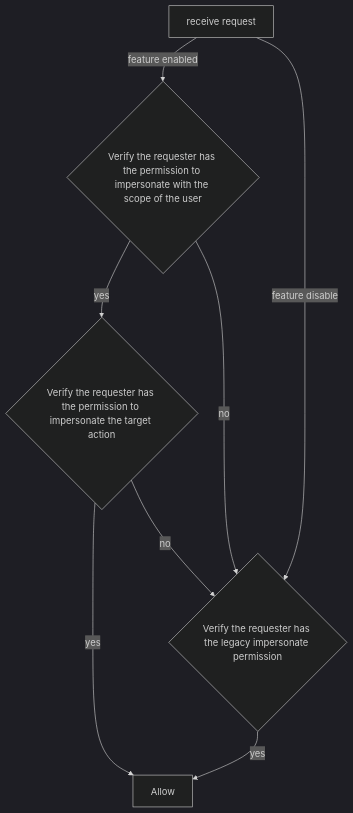
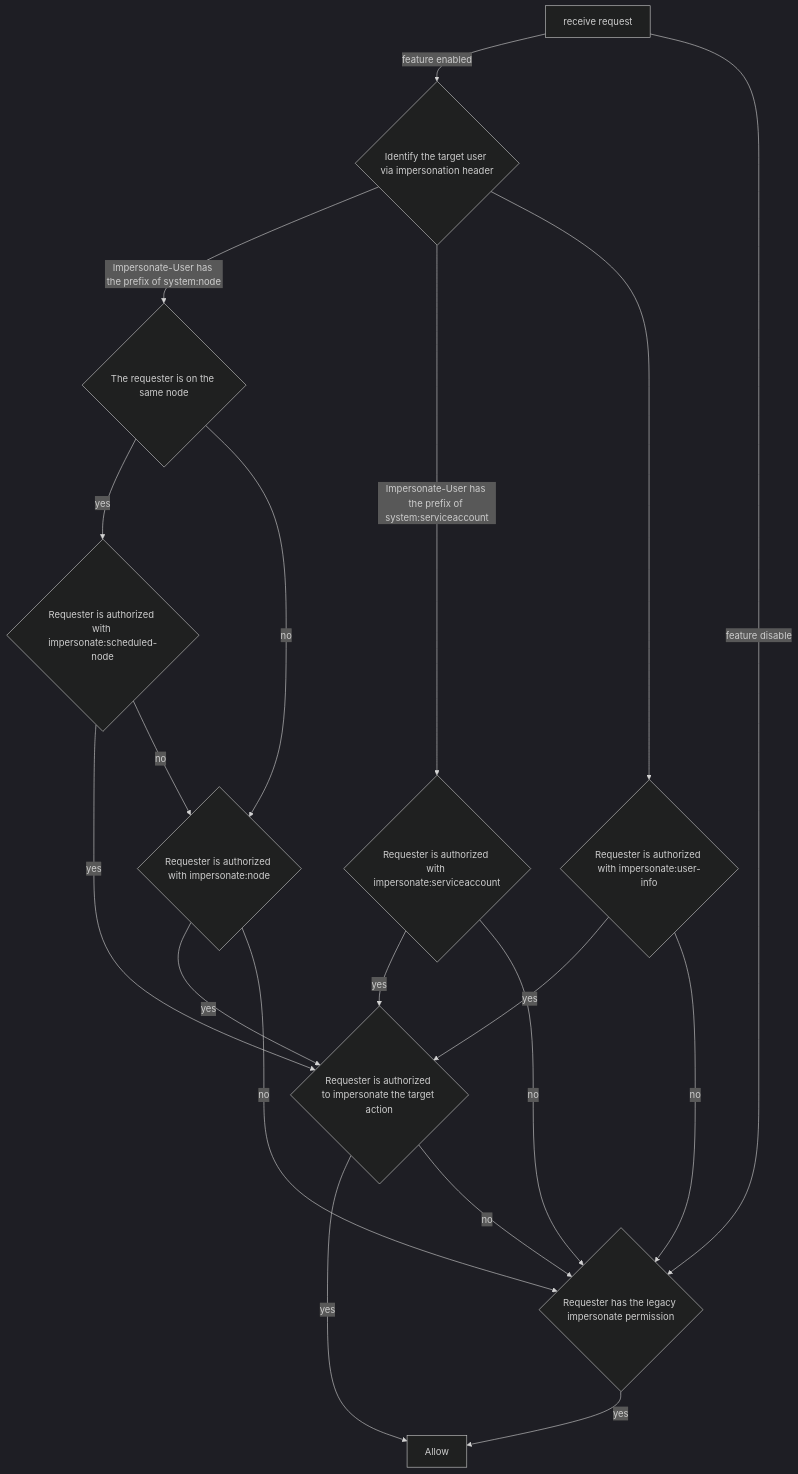
One commit to kubernetes/enhancements changed the diagram in keps/sig-auth/5284-constrained-impersonation/README.md. Above: the diagram before and after it, drawn with Mermaid (dark theme). The commit also changed other lines of this file, not shown here.

````diff
--- a/keps/sig-auth/5284-constrained-impersonation/README.md
+++ b/keps/sig-auth/5284-constrained-impersonation/README.md
@@ -344,10 +345,21 @@
 ```mermaid
 flowchart TD
-    A[receive request] -->|feature enabled| B{Verify the requester has the permission to impersonate with the scope of the user}
-    B --> |yes| C{Verify the requester has the permission to impersonate the target action}
-    C -->|yes| D[Allow]
-    A -->|feature disable| E{Verify the requester has the legacy impersonate permission}
-    E -->|yes| D
-    B -->|no| E
-    C -->|no| E
+  A[receive request] -->|feature enabled| B{Identify the target user via impersonation header}
+  B --> |Impersonate-User has the prefix of system:node|C{The requester is on the same node}
+  C --> |yes| D{Requester is authorized with impersonate:scheduled-node}
+  C --> |no| E{Requester is authorized with impersonate:node}
+  D --> |yes| F{Requester is authorized to impersonate the target action}
+  D --> |no| E
+  E --> |yes| F
+  E --> |no| H
+  F -->|yes| G[Allow]
+  A -->|feature disable| H{Requester has the legacy impersonate permission}
+  H -->|yes| G
+  F -->|no| H
+  B --> |Impersonate-User has the prefix of system:serviceaccount| I{Requester is authorized with impersonate:serviceaccount}
+  I --> |yes| F
+  I --> |no| H
+  B --> J{Requester is authorized with impersonate:user-info}
+  J --> |yes|F
+  J --> |no|H
 ```
````
